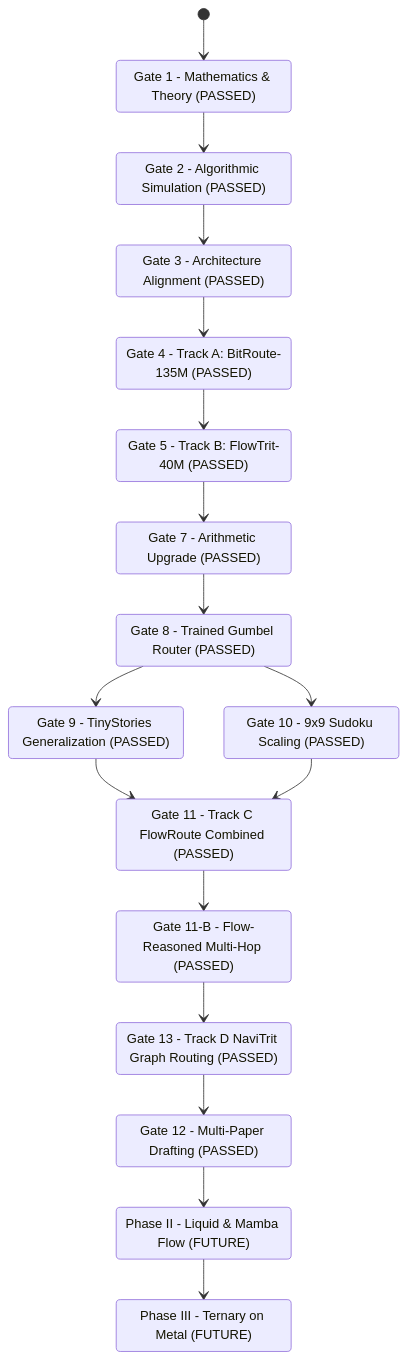
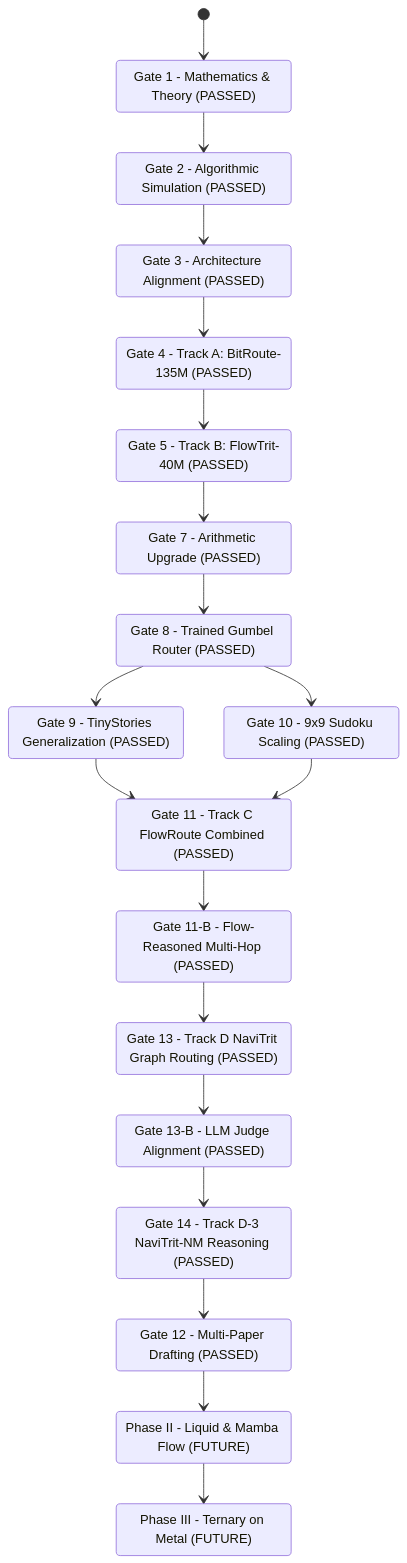
The diagram in research/conductor-track.md (JadeZaher/ternary-memory-research), drawn with Mermaid before and after one commit. The commit also changed other lines of this file and 7 other files, not shown here.

Commit message:
feat(gate14): implement NaviTrit-NM non-monotonic reasoning track with hop modulation and recurrent core

````diff
--- a/research/conductor-track.md
+++ b/research/conductor-track.md
@@ -45,35 +45,39 @@
 ```mermaid
 stateDiagram-v2
     Gate1_Math : Gate 1 - Mathematics & Theory (PASSED)
     Gate2_Simulation : Gate 2 - Algorithmic Simulation (PASSED)
     Gate3_Architecture : Gate 3 - Architecture Alignment (PASSED)
     Gate4_ModelA : Gate 4 - Track A: BitRoute-135M (PASSED)
     Gate5_ModelB : Gate 5 - Track B: FlowTrit-40M (PASSED)
     Gate7_Arith  : Gate 7 - Arithmetic Upgrade (PASSED)
     Gate8_Router : Gate 8 - Trained Gumbel Router (PASSED)
     Gate9_Lang   : Gate 9 - TinyStories Generalization (PASSED)
     Gate10_Sud9  : Gate 10 - 9x9 Sudoku Scaling (PASSED)
     Gate11_Route : Gate 11 - Track C FlowRoute Combined (PASSED)
     Gate11B_FlowRoute : Gate 11-B - Flow-Reasoned Multi-Hop (PASSED)
     Gate12_Papers: Gate 12 - Multi-Paper Drafting (PASSED)
     Gate13_NaviTrit: Gate 13 - Track D NaviTrit Graph Routing (PASSED)
+    Gate13B_Judge: Gate 13-B - LLM Judge Alignment (PASSED)
+    Gate14_NaviTritNM: Gate 14 - Track D-3 NaviTrit-NM Reasoning (PASSED)
     PhaseII_TrackE : Phase II - Liquid & Mamba Flow (FUTURE)
     PhaseIII_TrackF : Phase III - Ternary on Metal (FUTURE)
 
     [*] --> Gate1_Math
     Gate1_Math --> Gate2_Simulation
     Gate2_Simulation --> Gate3_Architecture
     Gate3_Architecture --> Gate4_ModelA
     Gate4_ModelA --> Gate5_ModelB
     Gate5_ModelB --> Gate7_Arith
     Gate7_Arith --> Gate8_Router
     Gate8_Router --> Gate9_Lang
     Gate8_Router --> Gate10_Sud9
     Gate9_Lang --> Gate11_Route
     Gate10_Sud9 --> Gate11_Route
     Gate11_Route --> Gate11B_FlowRoute
     Gate11B_FlowRoute --> Gate13_NaviTrit
-    Gate13_NaviTrit --> Gate12_Papers
+    Gate13_NaviTrit --> Gate13B_Judge
+    Gate13B_Judge --> Gate14_NaviTritNM
+    Gate14_NaviTritNM --> Gate12_Papers
     Gate12_Papers --> PhaseII_TrackE
     PhaseII_TrackE --> PhaseIII_TrackF
 ```
````
